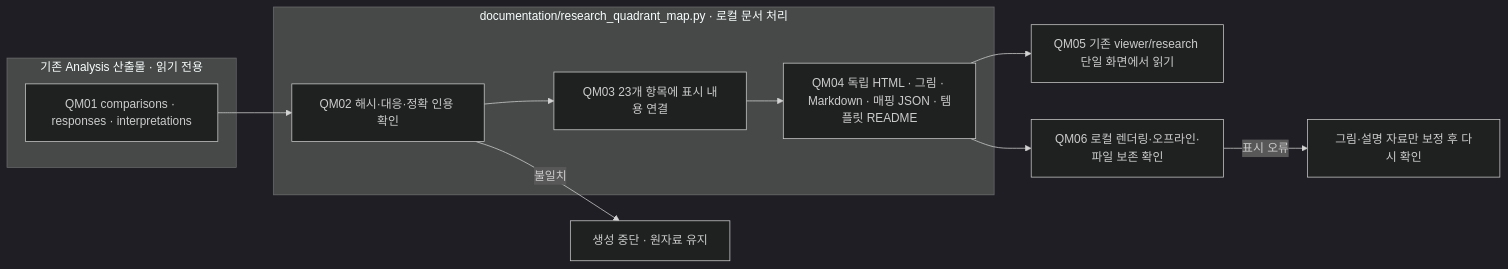
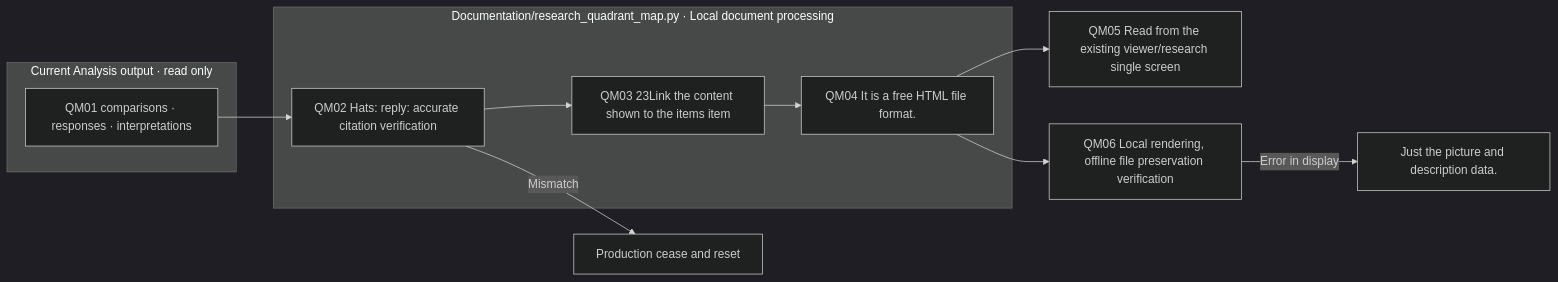
One commit to pnu-clink/finject changed the diagram in src/finarch/documentation/templates/research/quadrant-map-log-readme.md. Above: the diagram before and after it, drawn with Mermaid (dark theme). The commit also changed other lines of this file and 644 other files, not shown here.

````diff
--- a/src/finarch/documentation/templates/research/quadrant-map-log-readme.md
+++ b/src/finarch/documentation/templates/research/quadrant-map-log-readme.md
@@ -20,15 +20,15 @@
 ```mermaid
 flowchart LR
- subgraph saved["기존 Analysis 산출물 · 읽기 전용"]
+ subgraph saved["Current Analysis output · read only"]
  A["QM01 comparisons · responses · interpretations"]
  end
- subgraph author["documentation/research_quadrant_map.py · 로컬 문서 처리"]
- B["QM02 해시·대응·정확 인용 확인"] --> C["QM03 23개 항목에 표시 내용 연결"]
- C --> D["QM04 독립 HTML · 그림 · Markdown · 매핑 JSON · 템플릿 README"]
+ subgraph author["Documentation/research_quadrant_map.py · Local document processing"]
+ B["QM02 Hats: reply: accurate citation verification"] --> C["QM03 23Link the content shown to the items item"]
+ C --> D["QM04 It is a free HTML file format."]
  end
  A --> B
- D --> V["QM05 기존 viewer/research 단일 화면에서 읽기"]
- D --> Q["QM06 로컬 렌더링·오프라인·파일 보존 확인"]
- B -->|불일치| F["생성 중단 · 원자료 유지"]
- Q -->|표시 오류| R["그림·설명 자료만 보정 후 다시 확인"]
+ D --> V["QM05 Read from the existing viewer/research single screen"]
+ D --> Q["QM06 Local rendering, offline file preservation verification"]
+ B -->|Mismatch| F["Production cease and reset"]
+ Q -->|Error in display| R["Just the picture and description data."]
 ```
````
